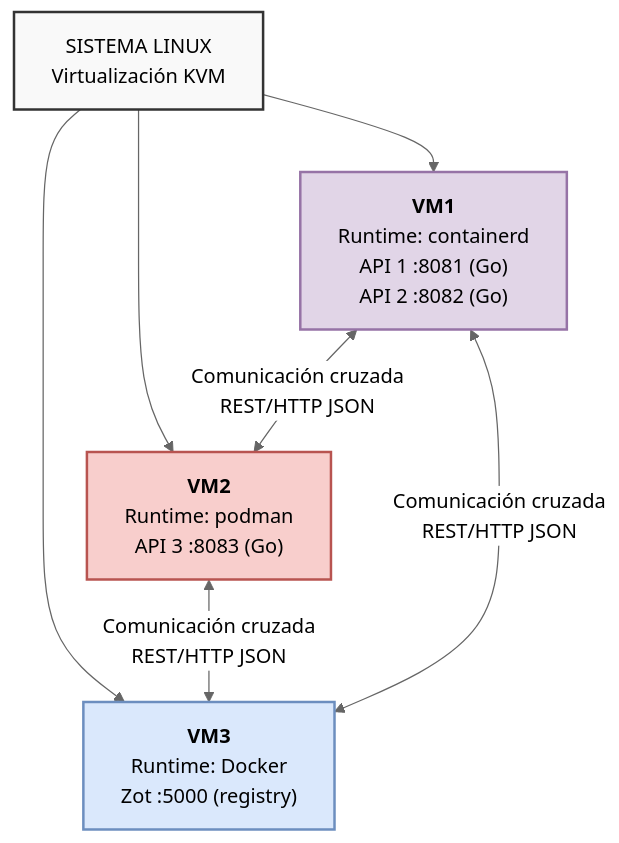
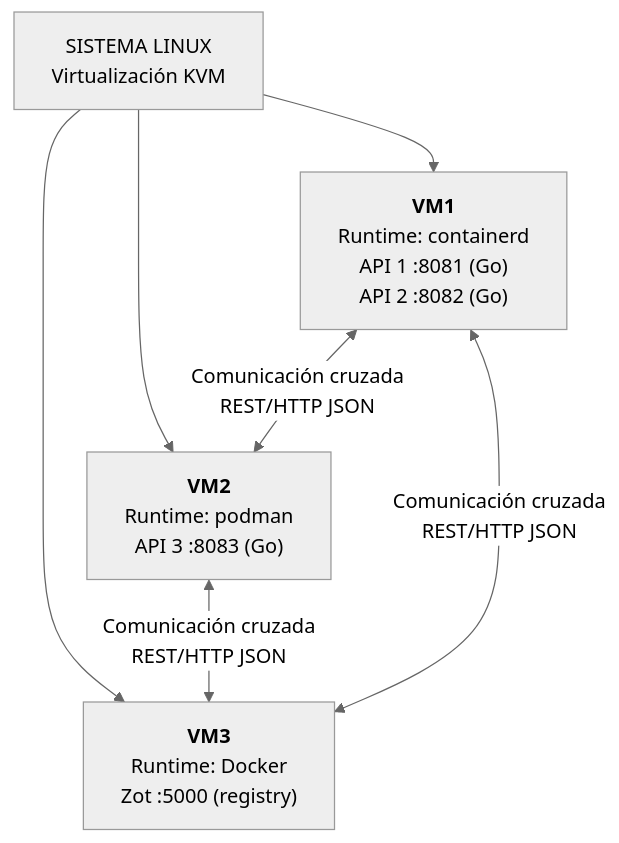
Before and after one commit to SergioJR2/202207999_LAB_SO1_2S2026: the diagram in Proyecto1/Manual_Tecnico_Proyecto1_SO1_202207999.md, drawn with Mermaid (neutral theme). The commit also changed 1 other file, not shown here.

Commit message:
diagrama de arqui

````diff
--- a/Proyecto1/Manual_Tecnico_Proyecto1_SO1_202207999.md
+++ b/Proyecto1/Manual_Tecnico_Proyecto1_SO1_202207999.md
@@ -21,21 +21,16 @@
 ```mermaid
 graph TD
     Host["SISTEMA LINUX<br>Virtualización KVM"]
 
     VM1["<b>VM1</b><br>Runtime: containerd<br>API 1 :8081 (Go)<br>API 2 :8082 (Go)"]
     VM2["<b>VM2</b><br>Runtime: podman<br>API 3 :8083 (Go)"]
     VM3["<b>VM3</b><br>Runtime: Docker<br>Zot :5000 (registry)"]
 
     Host --> VM1
     Host --> VM2
     Host --> VM3
 
     VM1 <-->|Comunicación cruzada<br>REST/HTTP JSON| VM2
     VM2 <-->|Comunicación cruzada<br>REST/HTTP JSON| VM3
     VM1 <-->|Comunicación cruzada<br>REST/HTTP JSON| VM3
-
-    style Host fill:#f9f9f9,stroke:#333,stroke-width:2px
-    style VM1 fill:#e1d5e7,stroke:#9673a6,stroke-width:2px
-    style VM2 fill:#f8cecc,stroke:#b85450,stroke-width:2px
-    style VM3 fill:#dae8fc,stroke:#6c8ebf,stroke-width:2px
 ```
````
